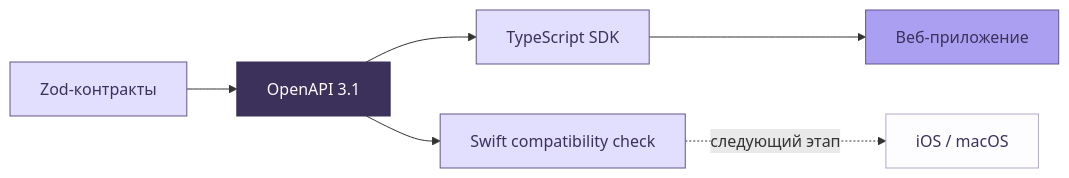
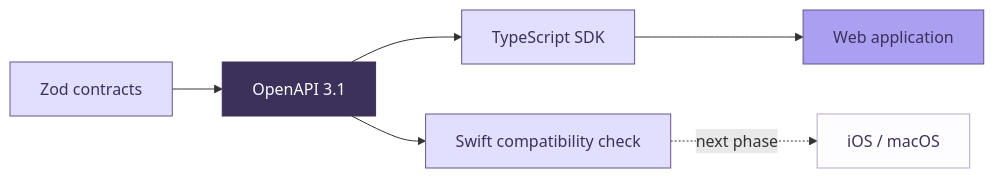
One commit to Hqzdev/ielts-prep changed the second of 2 diagrams in README.md. Above: the diagram before and after it, drawn with Mermaid. The commit also changed other lines of this file, not shown here.

````diff
--- a/README.md
+++ b/README.md
@@ -136,14 +136,14 @@
 ```mermaid
 flowchart LR
-    C[Zod-контракты] --> O[OpenAPI 3.1]
+    C[Zod contracts] --> O[OpenAPI 3.1]
     O --> T[TypeScript SDK]
     O --> S[Swift compatibility check]
-    T --> W[Веб-приложение]
-    S -. следующий этап .-> N[iOS / macOS]
+    T --> W[Web application]
+    S -. next phase .-> N[iOS / macOS]
     style C fill:#e2dffe,stroke:#65548e,color:#3c315b
     style O fill:#3c315b,stroke:#3c315b,color:#fdfcfe
     style T fill:#e2dffe,stroke:#65548e,color:#3c315b
     style S fill:#e2dffe,stroke:#65548e,color:#3c315b
     style W fill:#ab9ff2,stroke:#65548e,color:#3c315b
     style N fill:#fdfcfe,stroke:#b5a9c9,color:#3c315b
 ```
````
